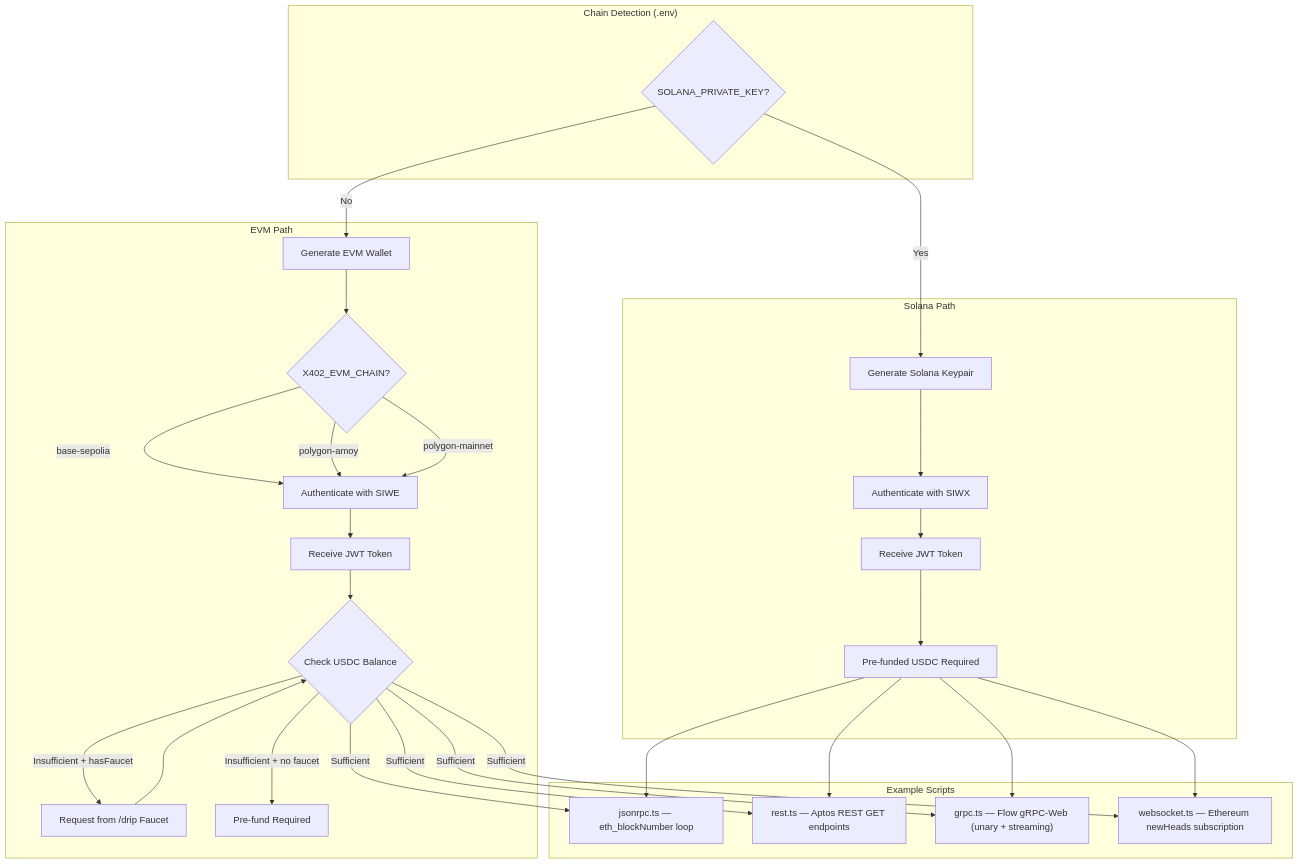
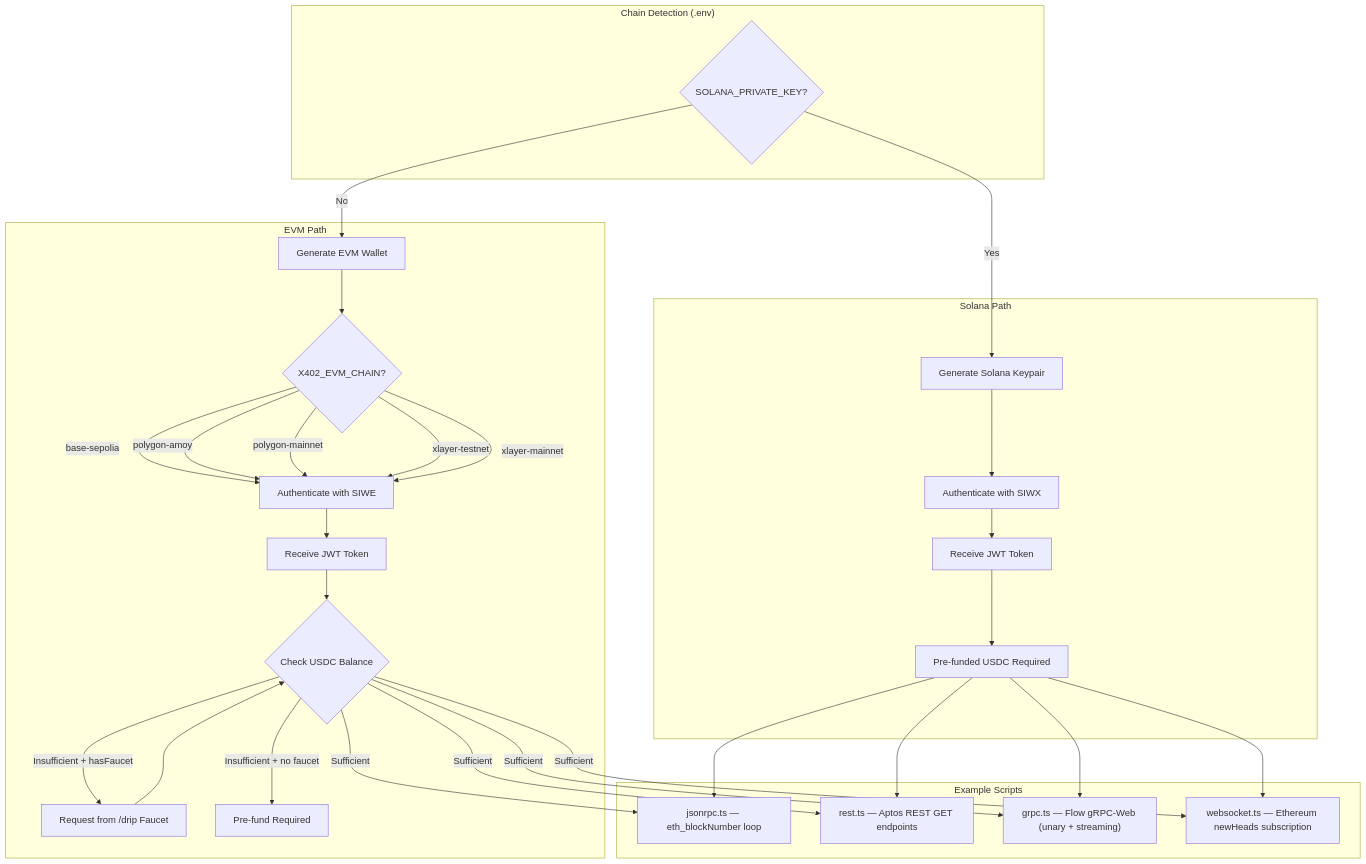
Before and after one commit to quiknode-labs/qn-x402-examples: the diagram in README.md, drawn with Mermaid. The commit also changed other lines of this file and 5 other files, not shown here.

Commit message:
Refactor balance handling in x402 examples to use generic token balance functions. Update README to reflect changes in supported tokens and chains, including XLayer testnet and mainnet. Adjust logging for balance checks and funding requests to improve clarity. (#4)

````diff
--- a/README.md
+++ b/README.md
@@ -9,38 +9,40 @@
 ```mermaid
 flowchart TB
     subgraph Detection["Chain Detection (.env)"]
         D{SOLANA_PRIVATE_KEY?}
     end
 
     subgraph EVM["EVM Path"]
         EA[Generate EVM Wallet] --> EX{X402_EVM_CHAIN?}
         EX -->|base-sepolia| EB[Authenticate with SIWE]
         EX -->|polygon-amoy| EB
         EX -->|polygon-mainnet| EB
+        EX -->|xlayer-testnet| EB
+        EX -->|xlayer-mainnet| EB
         EB --> EC[Receive JWT Token]
         EC --> ED{Check USDC Balance}
         ED -->|Insufficient + hasFaucet| EE[Request from /drip Faucet]
         EE --> ED
         ED -->|Insufficient + no faucet| EF[Pre-fund Required]
     end
 
     subgraph Solana["Solana Path"]
         SA[Generate Solana Keypair] --> SB[Authenticate with SIWX]
         SB --> SC[Receive JWT Token]
         SC --> SD[Pre-funded USDC Required]
     end
 
     D -->|Yes| SA
     D -->|No| EA
 
     subgraph Scripts["Example Scripts"]
         ED -->|Sufficient| G["jsonrpc.ts — eth_blockNumber loop"]
         ED -->|Sufficient| H["rest.ts — Aptos REST GET endpoints"]
         ED -->|Sufficient| I["grpc.ts — Flow gRPC-Web (unary + streaming)"]
         ED -->|Sufficient| J["websocket.ts — Ethereum newHeads subscription"]
         SD --> G
         SD --> H
         SD --> I
         SD --> J
     end
 ```
````
